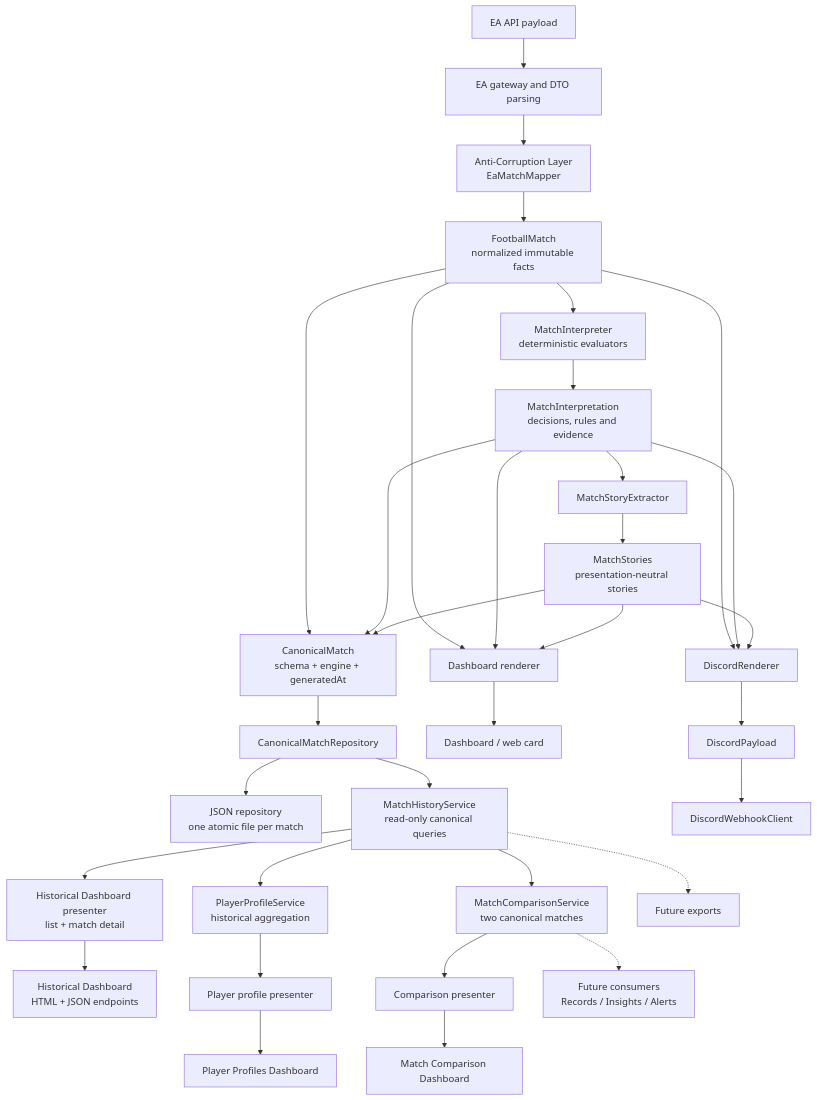
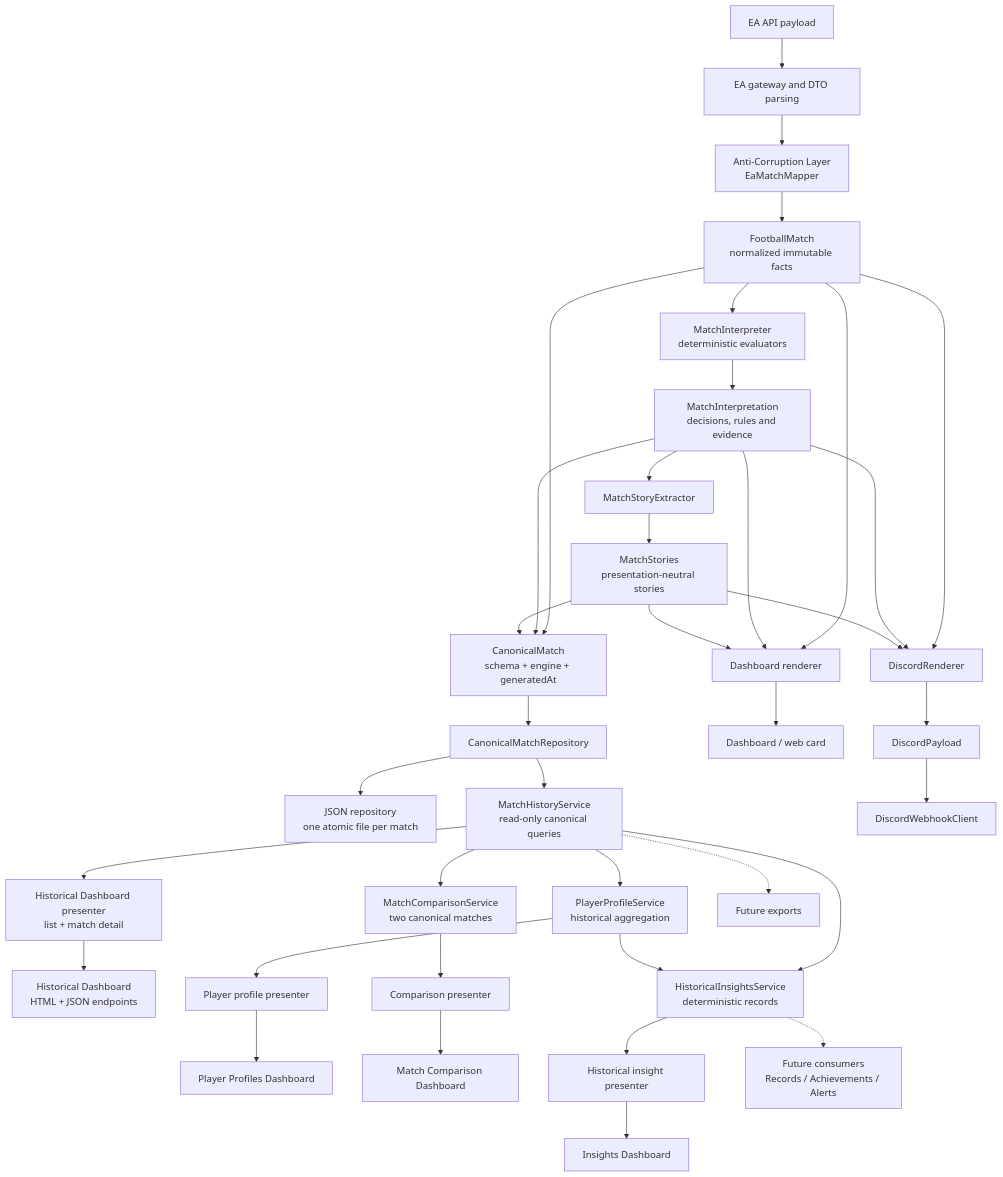
Before and after one commit to douglas-borba/eafc26-discord-stats: the diagram in docs/architecture.md, drawn with Mermaid. The commit also changed other lines of this file and 12 other files, not shown here.

Commit message:
feat: add deterministic historical insights

````diff
--- a/docs/architecture.md
+++ b/docs/architecture.md
@@ -13,35 +13,39 @@
 ```mermaid
 flowchart TD
     EA["EA API payload"] --> GW["EA gateway and DTO parsing"]
     GW --> ACL["Anti-Corruption Layer<br/>EaMatchMapper"]
     ACL --> FM["FootballMatch<br/>normalized immutable facts"]
     FM --> MI["MatchInterpreter<br/>deterministic evaluators"]
     MI --> INT["MatchInterpretation<br/>decisions, rules and evidence"]
     INT --> SE["MatchStoryExtractor"]
     SE --> MS["MatchStories<br/>presentation-neutral stories"]
     FM --> CM["CanonicalMatch<br/>schema + engine + generatedAt"]
     INT --> CM
     MS --> CM
     CM --> PORT["CanonicalMatchRepository"]
     PORT --> JSON["JSON repository<br/>one atomic file per match"]
     PORT --> HIST["MatchHistoryService<br/>read-only canonical queries"]
     HIST --> HDASH["Historical Dashboard presenter<br/>list + match detail"]
     HDASH --> HWEB["Historical Dashboard<br/>HTML + JSON endpoints"]
     HIST --> PROFILE["PlayerProfileService<br/>historical aggregation"]
     PROFILE --> PVIEW["Player profile presenter"]
     PVIEW --> PWEB["Player Profiles Dashboard"]
     HIST --> COMP["MatchComparisonService<br/>two canonical matches"]
     COMP --> CVIEW["Comparison presenter"]
     CVIEW --> CWEB["Match Comparison Dashboard"]
-    COMP -.-> FUTURE["Future consumers<br/>Records / Insights / Alerts"]
+    HIST --> INS["HistoricalInsightsService<br/>deterministic records"]
+    PROFILE --> INS
+    INS --> IVIEW["Historical insight presenter"]
+    IVIEW --> IWEB["Insights Dashboard"]
+    INS -.-> FUTURE["Future consumers<br/>Records / Achievements / Alerts"]
     HIST -.-> EXPORT["Future exports"]
     FM --> DASH["Dashboard renderer"]
     INT --> DASH
     MS --> DASH
     FM --> DISC["DiscordRenderer"]
     INT --> DISC
     MS --> DISC
     DASH --> WEB["Dashboard / web card"]
     DISC --> PAYLOAD["DiscordPayload"]
     PAYLOAD --> HOOK["DiscordWebhookClient"]
 ```
````
